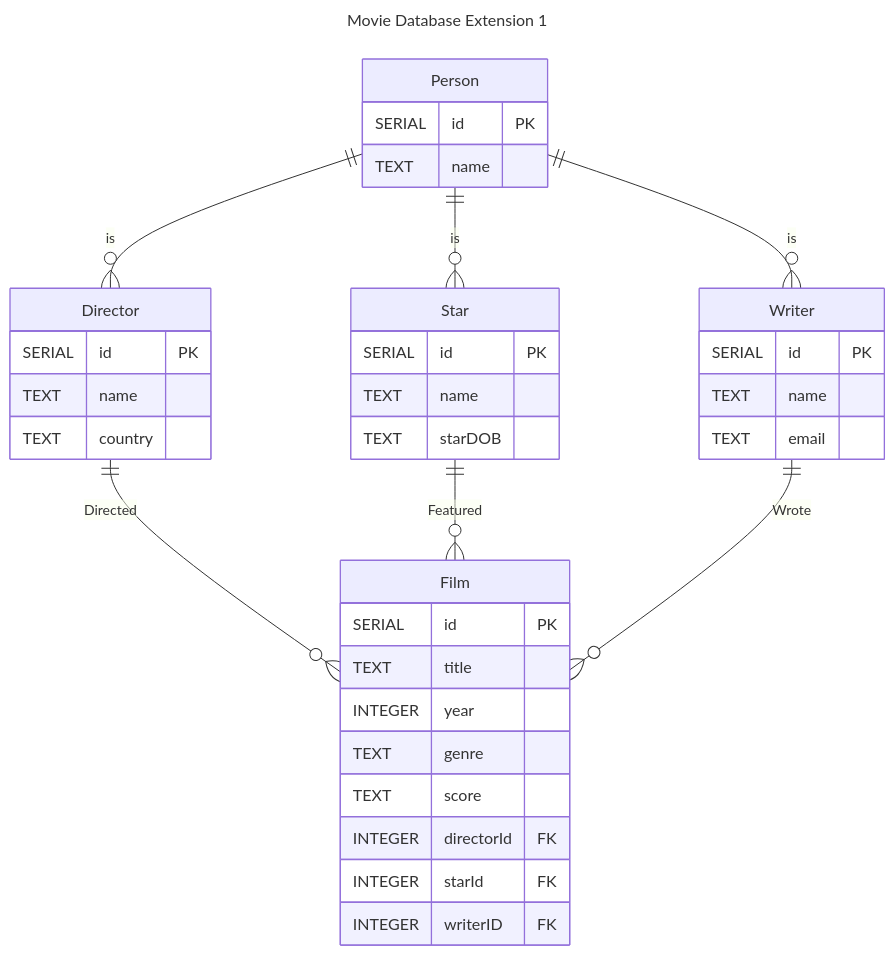
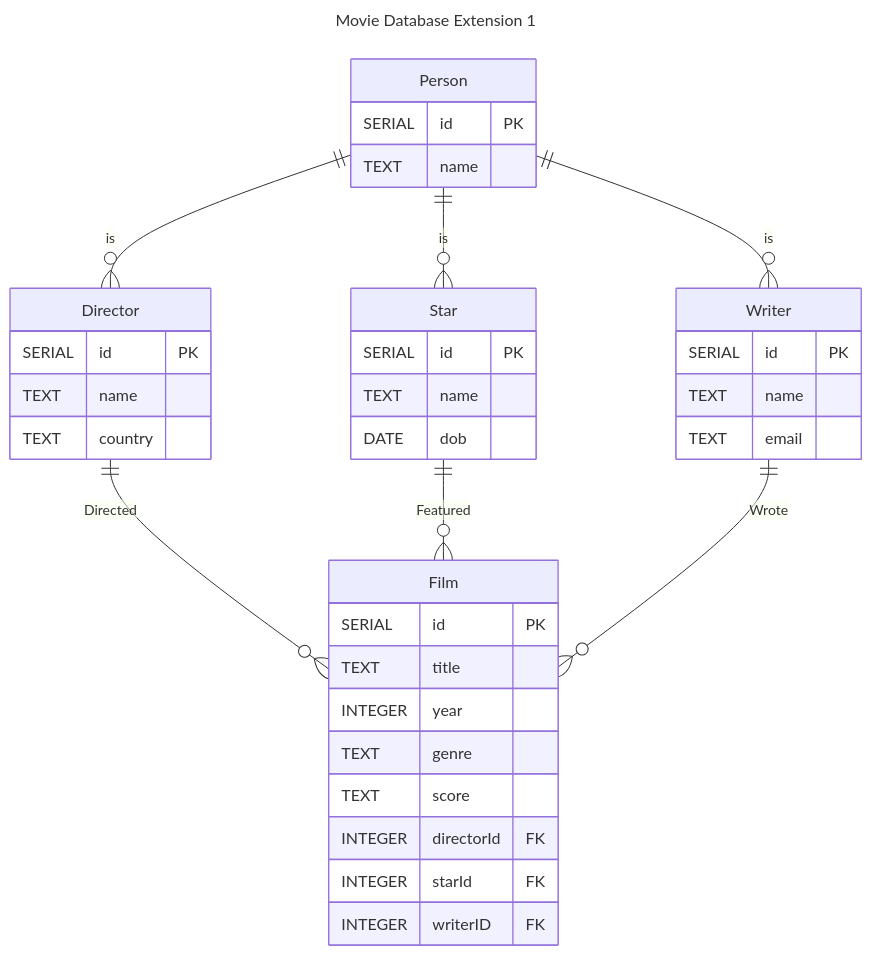
Before and after one commit to boolean-uk/java-apis-sql-relations-and-joins: the diagram in docs/er_diagram/entityrelationship_ex1.mmd, drawn with Mermaid. The commit also changed 2 other files, not shown here.

```diff
--- a/docs/er_diagram/entityrelationship_ex1.mmd
+++ b/docs/er_diagram/entityrelationship_ex1.mmd
@@ -1,39 +1,39 @@
 ---
 title: Movie Database Extension 1
 ---
 erDiagram
     Person ||--o{ Director : "is"
     Person ||--o{ Star : "is"
     Person ||--o{ Writer : "is"
     Director ||--o{ Film : "Directed"
     Star ||--o{ Film : "Featured"
     Writer ||--o{ Film : "Wrote"
     Film{
         SERIAL id PK
         TEXT title
         INTEGER year
         TEXT genre
         TEXT score
         INTEGER directorId FK
         INTEGER starId FK
         INTEGER writerID FK
     }
     Director{
         SERIAL id PK
         TEXT name
         TEXT country
     }
     Star{
         SERIAL id PK
         TEXT name
-        TEXT starDOB
+        DATE dob
     }
     Writer{
         SERIAL id PK
         TEXT name
         TEXT email
     }
     Person{
         SERIAL id PK
         TEXT name
     }
```
